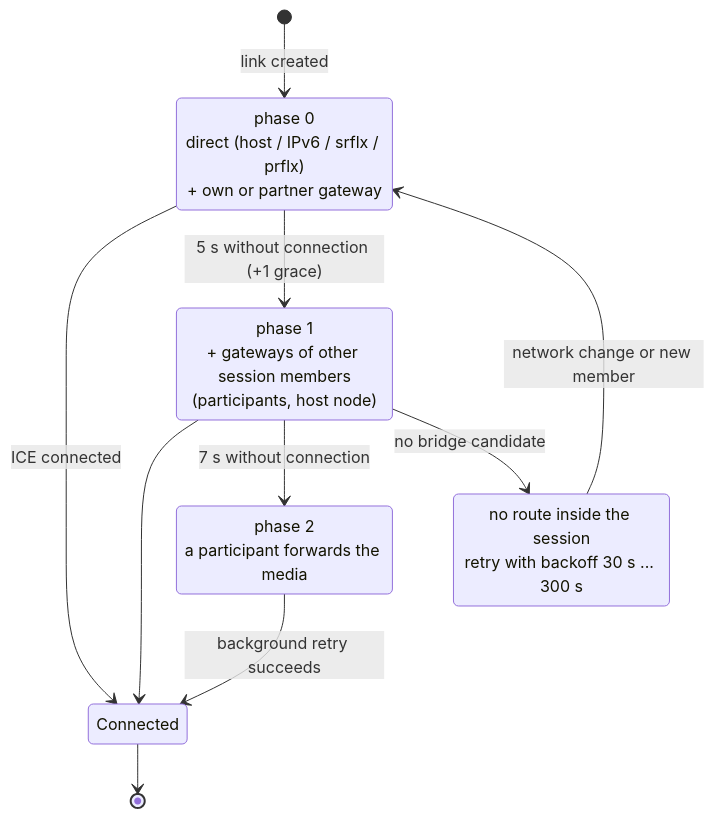
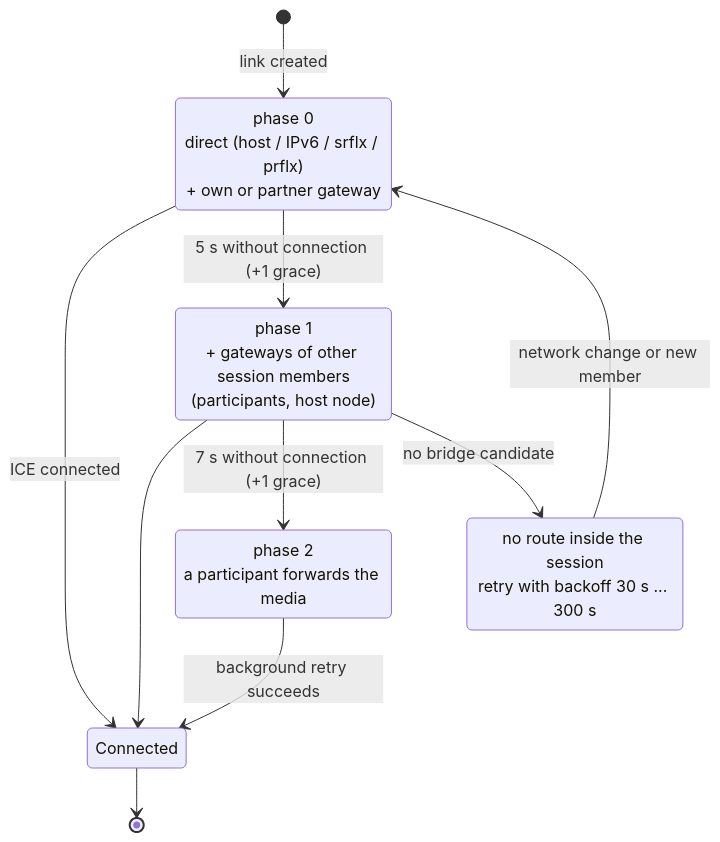
One commit to jolynstudios/freehop changed the second of 3 diagrams in ARCHITECTURE.md. Above: the diagram before and after it, drawn with Mermaid. The commit also changed other lines of this file and 42 other files, not shown here.

````diff
--- a/ARCHITECTURE.md
+++ b/ARCHITECTURE.md
@@ -87,16 +87,16 @@
 ```mermaid
 stateDiagram-v2
   [*] --> Endpoint: link created
   Endpoint: phase 0<br/>direct (host / IPv6 / srflx / prflx)<br/>+ own or partner gateway
   Session: phase 1<br/>+ gateways of other session members<br/>(participants, host node)
   Bridged: phase 2<br/>a participant forwards the media
   Unreachable: no route inside the session<br/>retry with backoff 30 s ... 300 s
   Endpoint --> Connected: ICE connected
   Endpoint --> Session: 5 s without connection (+1 grace)
   Session --> Connected
-  Session --> Bridged: 7 s without connection
+  Session --> Bridged: 7 s without connection (+1 grace)
   Bridged --> Connected: background retry succeeds
   Session --> Unreachable: no bridge candidate
   Unreachable --> Endpoint: network change or new member
   Connected --> [*]
 ```
````
